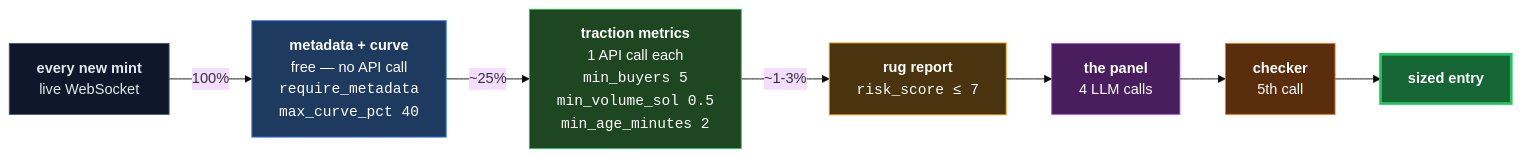
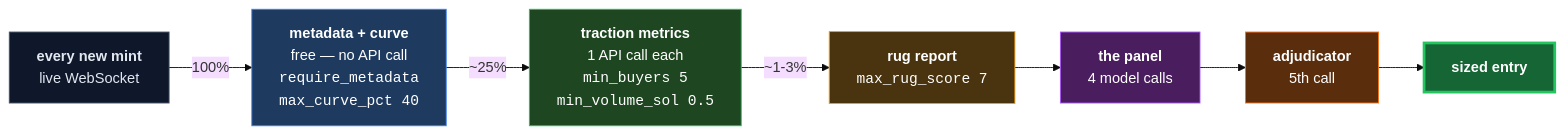
Before and after one commit to zostaff/grok-claude-gpt-gemini-trading-desk: the third of 6 diagrams in README.md, drawn with Mermaid (base theme). The commit also changed other lines of this file and 87 other files, not shown here.

````diff
--- a/README.md
+++ b/README.md
@@ -91,25 +152,23 @@
 ```mermaid
 flowchart LR
     A["<b>every new mint</b><br/>live WebSocket"]:::s0
     B["<b>metadata + curve</b><br/>free — no API call<br/><code>require_metadata</code><br/><code>max_curve_pct 40</code>"]:::s1
-    C["<b>traction metrics</b><br/>1 API call each<br/><code>min_buyers 5</code><br/><code>min_volume_sol 0.5</code><br/><code>min_age_minutes 2</code>"]:::s2
-    D["<b>rug report</b><br/><code>risk_score ≤ 7</code>"]:::s3
-    E["<b>the panel</b><br/>4 LLM calls"]:::s4
-    F["<b>checker</b><br/>5th call"]:::s5
+    C["<b>traction metrics</b><br/>1 API call each<br/><code>min_buyers 5</code><br/><code>min_volume_sol 0.5</code>"]:::s2
+    D["<b>rug report</b><br/><code>max_rug_score 7</code>"]:::s3
+    E["<b>the panel</b><br/>4 model calls"]:::s4
+    F["<b>adjudicator</b><br/>5th call"]:::s5
     G["<b>sized entry</b>"]:::s6
 
     A -->|"100%"| B
     B -->|"~25%"| C
     C -->|"~1-3%"| D
-    D --> E
-    E --> F
-    F --> G
+    D --> E --> F --> G
 
     classDef s0 fill:#0f172a,stroke:#475569,color:#e2e8f0
     classDef s1 fill:#1e3a5f,stroke:#3b82f6,color:#fff
     classDef s2 fill:#1e4620,stroke:#22c55e,color:#fff
     classDef s3 fill:#4a3410,stroke:#f59e0b,color:#fff
     classDef s4 fill:#4a1d5f,stroke:#a855f7,color:#fff
     classDef s5 fill:#5a2d0c,stroke:#f97316,color:#fff
     classDef s6 fill:#166534,stroke:#22c55e,stroke-width:3px,color:#fff
 ```
````
